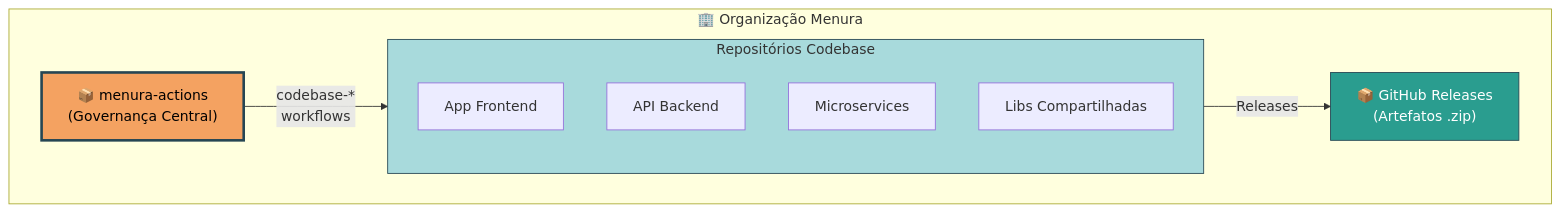
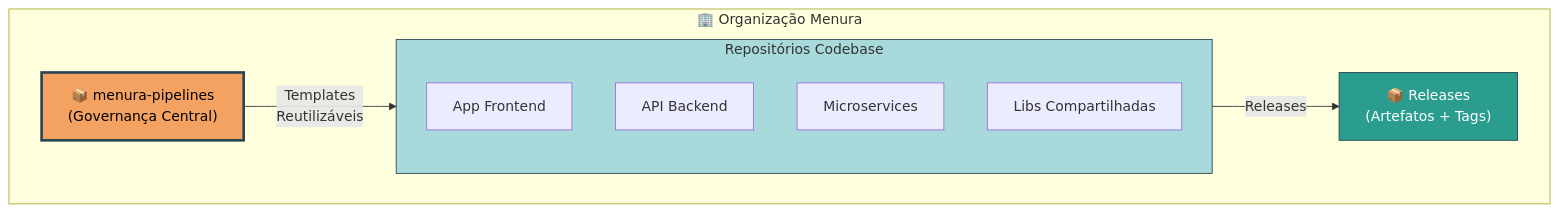
One commit to iSmart-System/menura-actions changed the first of 4 diagrams in README.md. Above: the diagram before and after it, drawn with Mermaid. The commit also changed other lines of this file, not shown here.

````diff
--- a/README.md
+++ b/README.md
@@ -15,20 +54,20 @@
 ```mermaid
 flowchart TB
     subgraph ORG["🏢 Organização Menura"]
-        MA["📦 menura-actions<br/>(Governança Central)"]
+        MP["📦 menura-pipelines<br/>(Governança Central)"]
 
         subgraph CODEBASE_REPOS["Repositórios Codebase"]
             C1["App Frontend"]
             C2["API Backend"]
             C3["Microservices"]
             C4["Libs Compartilhadas"]
         end
 
-        MA -->|"codebase-*<br/>workflows"| CODEBASE_REPOS
-        CODEBASE_REPOS -->|"Releases"| GHR["📦 GitHub Releases<br/>(Artefatos .zip)"]
+        MP -->|"Templates<br/>Reutilizáveis"| CODEBASE_REPOS
+        CODEBASE_REPOS -->|"Releases"| REL["📦 Releases<br/>(Artefatos + Tags)"]
     end
 
-    style MA fill:#f4a261,stroke:#264653,color:#000,stroke-width:3px
+    style MP fill:#f4a261,stroke:#264653,color:#000,stroke-width:3px
     style CODEBASE_REPOS fill:#a8dadc,stroke:#264653
-    style GHR fill:#2a9d8f,stroke:#264653,color:#fff
+    style REL fill:#2a9d8f,stroke:#264653,color:#fff
 ```
````
